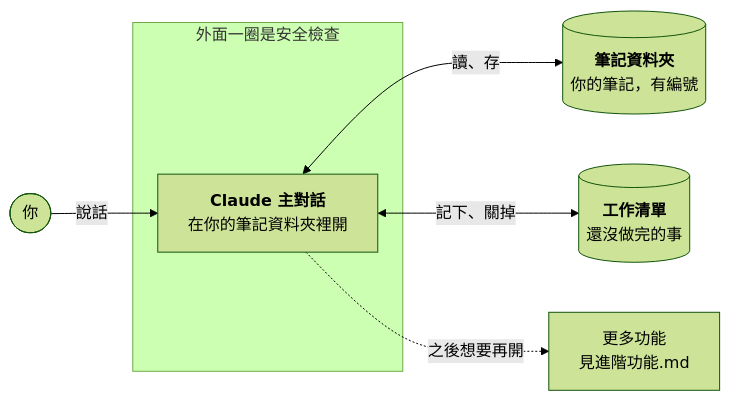
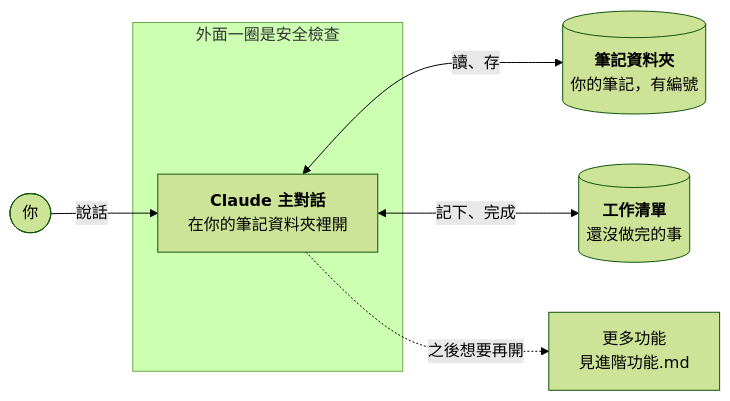
Before and after one commit to 0Smallcat0/second-brain-kit: the diagram in README.zh-TW.md, drawn with Mermaid (forest theme). The commit also changed other lines of this file and 17 other files, not shown here.

````diff
--- a/README.zh-TW.md
+++ b/README.zh-TW.md
@@ -47,10 +50,10 @@
 ```mermaid
 flowchart LR
   You(["你"]) -->|說話| Main
   subgraph Checks["外面一圈是安全檢查"]
     Main["<b>Claude 主對話</b><br/>在你的筆記資料夾裡開"]
   end
   Main <-->|讀、存| Notes[("<b>筆記資料夾</b><br/>你的筆記，有編號")]
-  Main <-->|記下、關掉| Work[("<b>工作清單</b><br/>還沒做完的事")]
+  Main <-->|記下、完成| Work[("<b>工作清單</b><br/>還沒做完的事")]
   Main -.->|之後想要再開| Adv["更多功能<br/>見進階功能.md"]
 ```
````
